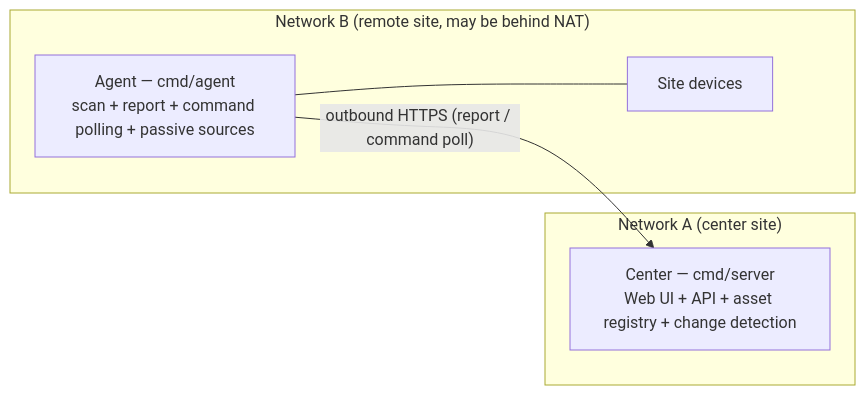
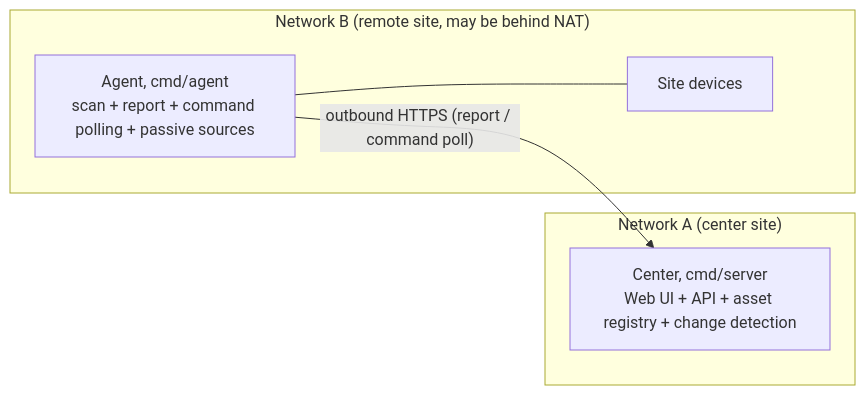
One commit to Mi-Bee-Studio/MiBeeSteward changed the first of 2 diagrams in docs/en/distributed.md. Above: the diagram before and after it, drawn with Mermaid. The commit also changed other lines of this file and 52 other files, not shown here.

````diff
--- a/docs/en/distributed.md
+++ b/docs/en/distributed.md
@@ -17,12 +17,12 @@
 ```mermaid
 flowchart LR
     subgraph NA["Network A (center site)"]
-        C["Center — cmd/server<br/>Web UI + API + asset registry + change detection"]
+        C["Center, cmd/server<br/>Web UI + API + asset registry + change detection"]
     end
     subgraph NB["Network B (remote site, may be behind NAT)"]
-        AG["Agent — cmd/agent<br/>scan + report + command polling + passive sources"]
+        AG["Agent, cmd/agent<br/>scan + report + command polling + passive sources"]
         D1["Site devices"]
         AG --- D1
     end
     AG -- "outbound HTTPS (report / command poll)" --> C
 ```
````
